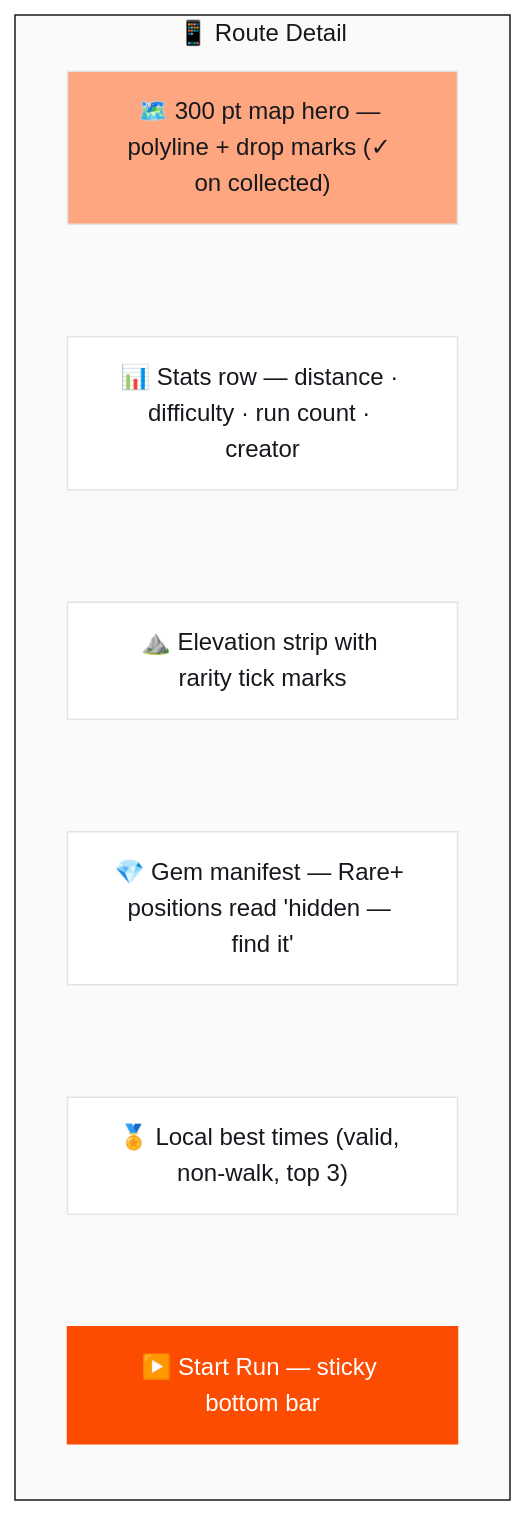
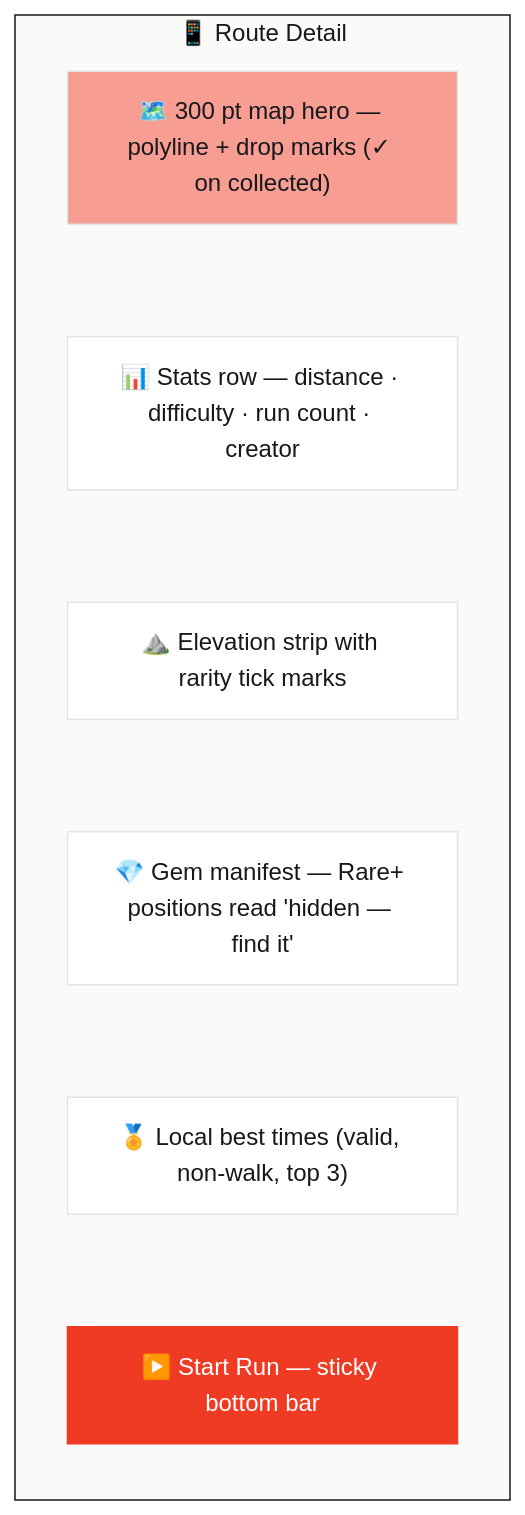
The seventh of 17 diagrams in docs/16-architecture-deep-dive.md (Ifthikar20/project-gr), drawn with Mermaid before and after one commit. The commit also changed other lines of this file and 6 other files, not shown here.

````diff
--- a/docs/16-architecture-deep-dive.md
+++ b/docs/16-architecture-deep-dive.md
@@ -320,17 +320,17 @@
 ```mermaid
 flowchart TB
     subgraph DETAIL["📱 Route Detail"]
         direction TB
         D1["🗺️ 300 pt map hero — polyline + drop marks (✓ on collected)"]:::map
         D2["📊 Stats row — distance · difficulty · run count · creator"]:::card
         D3["⛰️ Elevation strip with rarity tick marks"]:::card
         D4["💎 Gem manifest — Rare+ positions read 'hidden — find it'"]:::card
         D5["🏅 Local best times (valid, non-walk, top 3)"]:::card
         D6["▶️ Start Run — sticky bottom bar"]:::pulse
         D1 ~~~ D2 ~~~ D3 ~~~ D4 ~~~ D5 ~~~ D6
     end
     classDef card fill:#FFFFFF,stroke:#E3E4E5,color:#16181D
-    classDef map fill:#FDA680,stroke:#E3E4E5,color:#16181D
-    classDef pulse fill:#FC4C02,stroke:#FC4C02,color:#FFFFFF
+    classDef map fill:#F79D91,stroke:#E3E4E5,color:#16181D
+    classDef pulse fill:#EF3B23,stroke:#EF3B23,color:#FFFFFF
     style DETAIL fill:#FAFAF8,stroke:#16181D,color:#16181D
 ```
````
